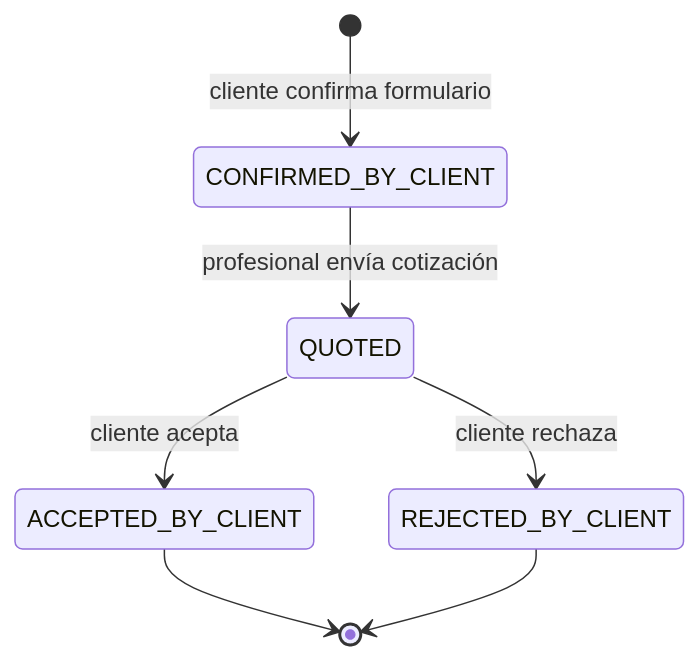
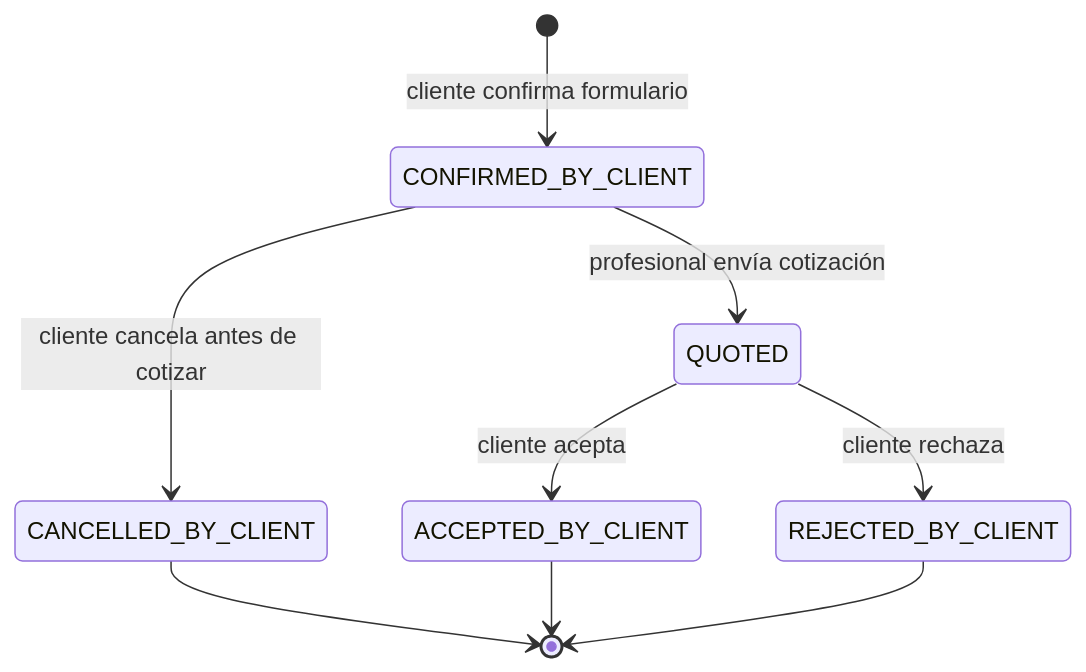
The fifth of 6 diagrams in docs/arquitectura.md (inddigo/ProyectoIngWeb), drawn with Mermaid before and after one commit. The commit also changed other lines of this file and 5 other files, not shown here.

````diff
--- a/docs/arquitectura.md
+++ b/docs/arquitectura.md
@@ -148,9 +150,11 @@
 ```mermaid
 stateDiagram-v2
     [*] --> CONFIRMED_BY_CLIENT: cliente confirma formulario
+    CONFIRMED_BY_CLIENT --> CANCELLED_BY_CLIENT: cliente cancela antes de cotizar
+    CANCELLED_BY_CLIENT --> [*]
     CONFIRMED_BY_CLIENT --> QUOTED: profesional envía cotización
     QUOTED --> ACCEPTED_BY_CLIENT: cliente acepta
     QUOTED --> REJECTED_BY_CLIENT: cliente rechaza
     ACCEPTED_BY_CLIENT --> [*]
     REJECTED_BY_CLIENT --> [*]
 ```
````
